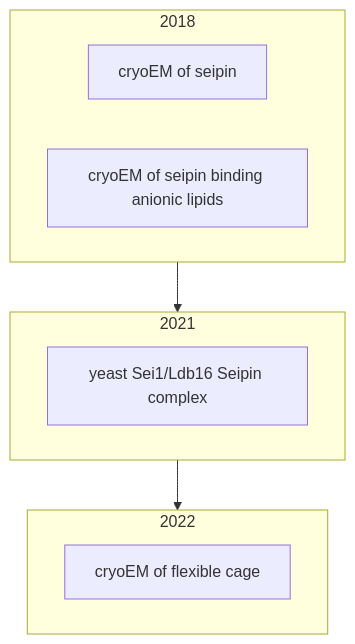
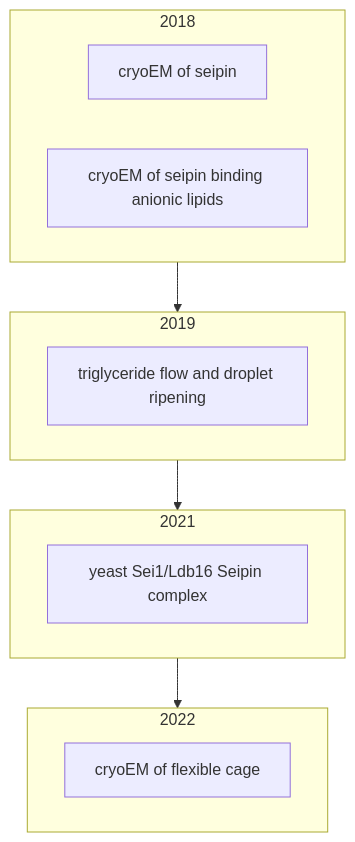
One commit to psichen/psichen.github.io changed the first of 6 diagrams in source/resources/mindmap/seipin.md. Above: the diagram before and after it, drawn with Mermaid. The commit also changed other lines of this file and 1 other file, not shown here.

````diff
--- a/source/resources/mindmap/seipin.md
+++ b/source/resources/mindmap/seipin.md
@@ -20,28 +20,34 @@
 ```mermaid
 flowchart TB
 
 2018_cryoEM_JCB["cryoEM of seipin"]
 2018_anionic["cryoEM of seipin binding anionic lipids"]
+2019_triglyceride["triglyceride flow and droplet ripening"]
 2021_Sei1["yeast Sei1/Ldb16 Seipin complex"]
 2022_cage["cryoEM of flexible cage"]
 
 click 2018_cryoEM_JCB href "./seipin#cryoem_jcb" _self
 click 2018_anionic href "./seipin#anionic" _self
+click 2019_triglyceride href "./seipin#triglyceride" _self
 click 2021_Sei1 href "./seipin#sei1" _self
 click 2022_cage href "./seipin#cage" _self
 
 subgraph 2018
         2018_cryoEM_JCB
         2018_anionic
+end
+
+subgraph 2019
+        2019_triglyceride
 end
 
 subgraph 2021
         2021_Sei1
 end
 
 subgraph 2022
         2022_cage
 end
 
-2018 --> 2021 --> 2022
+2018 --> 2019 --> 2021 --> 2022
 ```
````
